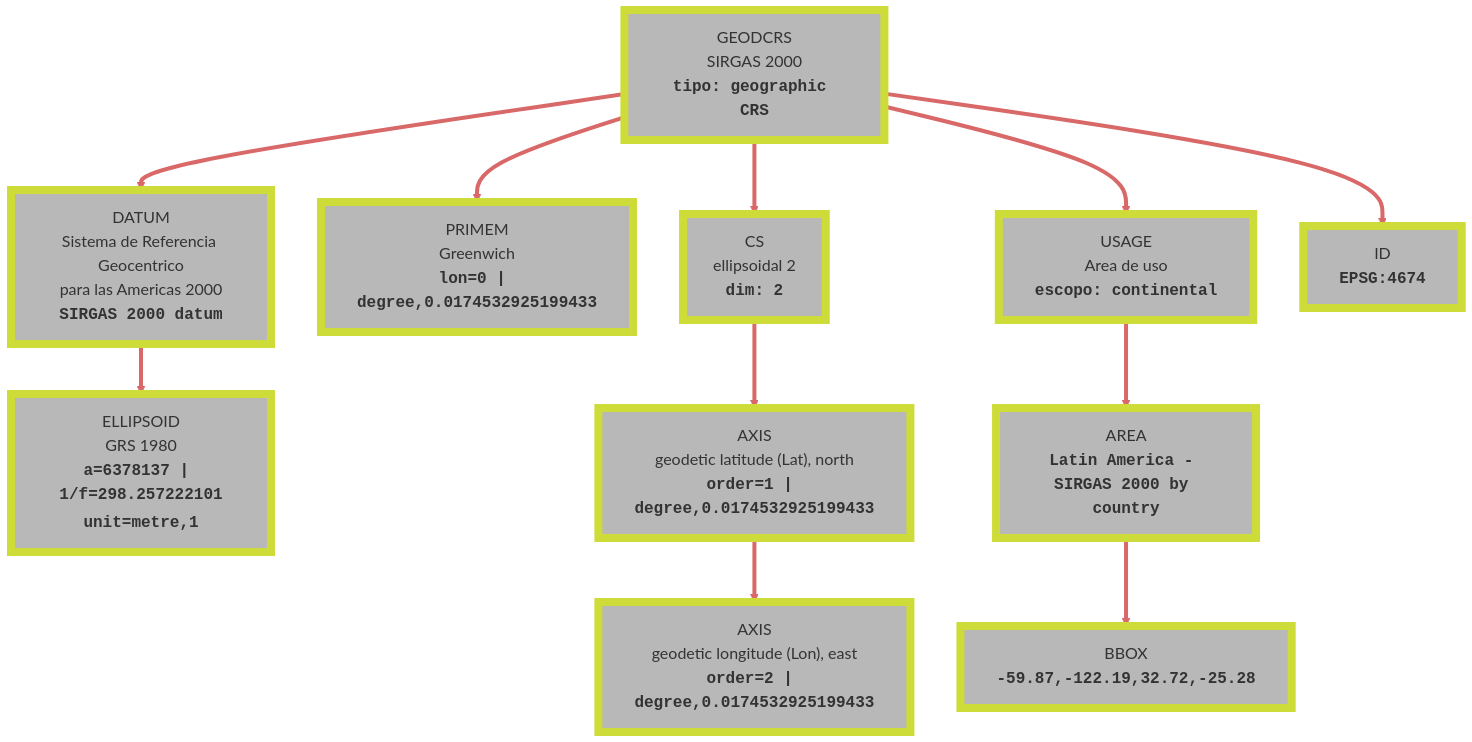
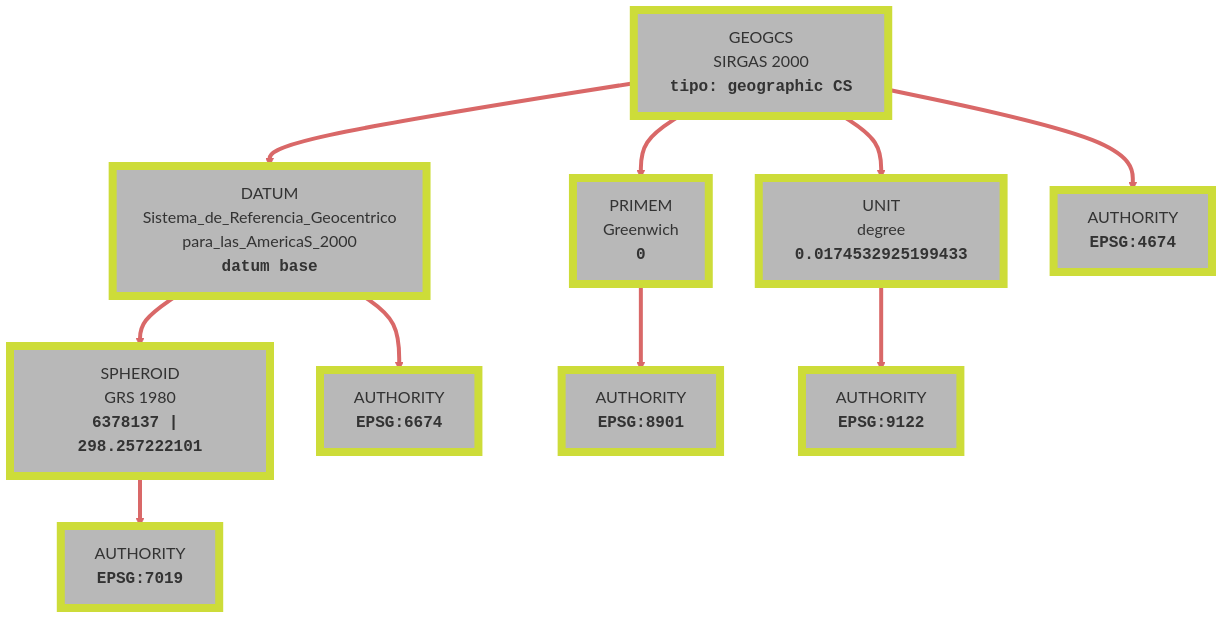
One commit to 255ribeiro/intro_topografia changed the second of 2 diagrams in docs/gis/def_coord_sis.md. Above: the diagram before and after it, drawn with Mermaid. The commit also changed other lines of this file, not shown here.

Commit message:
Atualiza def_coord_sis.md: diagramas e descrições para WKT1, semelhanças/diferenças detalhadas

````diff
--- a/docs/gis/def_coord_sis.md
+++ b/docs/gis/def_coord_sis.md
@@ -171,31 +174,28 @@
 ```mermaid
 %%{init: {"securityLevel":"loose","flowchart":{"htmlLabels":true},"themeCSS": ".arrowheadPath{fill:#D96868!important;transform:scale(2.2);transform-origin:center;}"}}%%
 graph TD
-    A["GEODCRS<br/>SIRGAS 2000<br/><span style='background:#b8b8b8;padding:2px 6px;border-radius:4px;border:1px solid #D96868;color:#D96868;font-weight:700;font-family:Consolas,monospace;display:inline-block;'>tipo: geographic CRS</span>"] --> B["DATUM<br/>Sistema de Referencia Geocentrico<br/>para las Americas 2000<br/><span style='background:#b8b8b8;padding:2px 6px;border-radius:4px;border:1px solid #D96868;color:#D96868;font-weight:700;font-family:Consolas,monospace;display:inline-block;'>SIRGAS 2000 datum</span>"]
-    A --> C["PRIMEM<br/>Greenwich<br/><span style='background:#b8b8b8;padding:2px 6px;border-radius:4px;border:1px solid #D96868;color:#D96868;font-weight:700;font-family:Consolas,monospace;display:inline-block;'>lon=0 | degree,0.0174532925199433</span>"]
-    A --> D["CS<br/>ellipsoidal 2<br/><span style='background:#b8b8b8;padding:2px 6px;border-radius:4px;border:1px solid #D96868;color:#D96868;font-weight:700;font-family:Consolas,monospace;display:inline-block;'>dim: 2</span>"]
-    A --> E["USAGE<br/>Area de uso<br/><span style='background:#b8b8b8;padding:2px 6px;border-radius:4px;border:1px solid #D96868;color:#D96868;font-weight:700;font-family:Consolas,monospace;display:inline-block;'>escopo: continental</span>"]
-    A --> F["ID<br/><span style='background:#b8b8b8;padding:2px 6px;border-radius:4px;border:1px solid #D96868;color:#D96868;font-weight:700;font-family:Consolas,monospace;display:inline-block;'>EPSG:4674</span>"]
+    A["GEOGCS<br/>SIRGAS 2000<br/><span style='background:#b8b8b8;padding:2px 6px;border-radius:4px;border:1px solid #D96868;color:#D96868;font-weight:700;font-family:Consolas,monospace;display:inline-block;'>tipo: geographic CS</span>"] --> B["DATUM<br/>Sistema_de_Referencia_Geocentrico<br/>para_las_AmericaS_2000<br/><span style='background:#b8b8b8;padding:2px 6px;border-radius:4px;border:1px solid #D96868;color:#D96868;font-weight:700;font-family:Consolas,monospace;display:inline-block;'>datum base</span>"]
+    A --> C["PRIMEM<br/>Greenwich<br/><span style='background:#b8b8b8;padding:2px 6px;border-radius:4px;border:1px solid #D96868;color:#D96868;font-weight:700;font-family:Consolas,monospace;display:inline-block;'>0</span>"]
+    A --> D["UNIT<br/>degree<br/><span style='background:#b8b8b8;padding:2px 6px;border-radius:4px;border:1px solid #D96868;color:#D96868;font-weight:700;font-family:Consolas,monospace;display:inline-block;'>0.0174532925199433</span>"]
+    A --> E["AUTHORITY<br/><span style='background:#b8b8b8;padding:2px 6px;border-radius:4px;border:1px solid #D96868;color:#D96868;font-weight:700;font-family:Consolas,monospace;display:inline-block;'>EPSG:4674</span>"]
 
-    B --> B1["ELLIPSOID<br/>GRS 1980<br/><span style='background:#b8b8b8;padding:2px 6px;border-radius:4px;border:1px solid #D96868;color:#D96868;font-weight:700;font-family:Consolas,monospace;display:inline-block;'>a=6378137 | 1/f=298.257222101</span><br/><span style='background:#b8b8b8;padding:2px 6px;border-radius:4px;border:1px solid #D96868;color:#D96868;font-weight:700;font-family:Consolas,monospace;display:inline-block;'>unit=metre,1</span>"]
+    B --> B1["SPHEROID<br/>GRS 1980<br/><span style='background:#b8b8b8;padding:2px 6px;border-radius:4px;border:1px solid #D96868;color:#D96868;font-weight:700;font-family:Consolas,monospace;display:inline-block;'>6378137 | 298.257222101</span>"]
+    B --> B2["AUTHORITY<br/><span style='background:#b8b8b8;padding:2px 6px;border-radius:4px;border:1px solid #D96868;color:#D96868;font-weight:700;font-family:Consolas,monospace;display:inline-block;'>EPSG:6674</span>"]
 
-    D --> D1["AXIS<br/>geodetic latitude (Lat), north<br/><span style='background:#b8b8b8;padding:2px 6px;border-radius:4px;border:1px solid #D96868;color:#D96868;font-weight:700;font-family:Consolas,monospace;display:inline-block;'>order=1 | degree,0.0174532925199433</span>"]
-    D1 --> D2["AXIS<br/>geodetic longitude (Lon), east<br/><span style='background:#b8b8b8;padding:2px 6px;border-radius:4px;border:1px solid #D96868;color:#D96868;font-weight:700;font-family:Consolas,monospace;display:inline-block;'>order=2 | degree,0.0174532925199433</span>"]
-
-    E --> E1["AREA<br/><span style='background:#b8b8b8;padding:2px 6px;border-radius:4px;border:1px solid #D96868;color:#D96868;font-weight:700;font-family:Consolas,monospace;display:inline-block;'>Latin America - SIRGAS 2000 by country</span>"]
-    E1 --> E2["BBOX<br/><span style='background:#b8b8b8;padding:2px 6px;border-radius:4px;border:1px solid #D96868;color:#D96868;font-weight:700;font-family:Consolas,monospace;display:inline-block;'>-59.87,-122.19,32.72,-25.28</span>"]
+    B1 --> B11["AUTHORITY<br/><span style='background:#b8b8b8;padding:2px 6px;border-radius:4px;border:1px solid #D96868;color:#D96868;font-weight:700;font-family:Consolas,monospace;display:inline-block;'>EPSG:7019</span>"]
+    C --> C1["AUTHORITY<br/><span style='background:#b8b8b8;padding:2px 6px;border-radius:4px;border:1px solid #D96868;color:#D96868;font-weight:700;font-family:Consolas,monospace;display:inline-block;'>EPSG:8901</span>"]
+    D --> D1["AUTHORITY<br/><span style='background:#b8b8b8;padding:2px 6px;border-radius:4px;border:1px solid #D96868;color:#D96868;font-weight:700;font-family:Consolas,monospace;display:inline-block;'>EPSG:9122</span>"]
 
     linkStyle default stroke:#D96868,stroke-width:4px;
     classDef limeBox fill:#b8b8b8,stroke:#cddc39,stroke-width:8px;
     A:::limeBox
     B:::limeBox
     C:::limeBox
     D:::limeBox
     E:::limeBox
-    F:::limeBox
     B1:::limeBox
+    B2:::limeBox
+    B11:::limeBox
+    C1:::limeBox
     D1:::limeBox
-    D2:::limeBox
-    E1:::limeBox
-    E2:::limeBox
 ```
````
